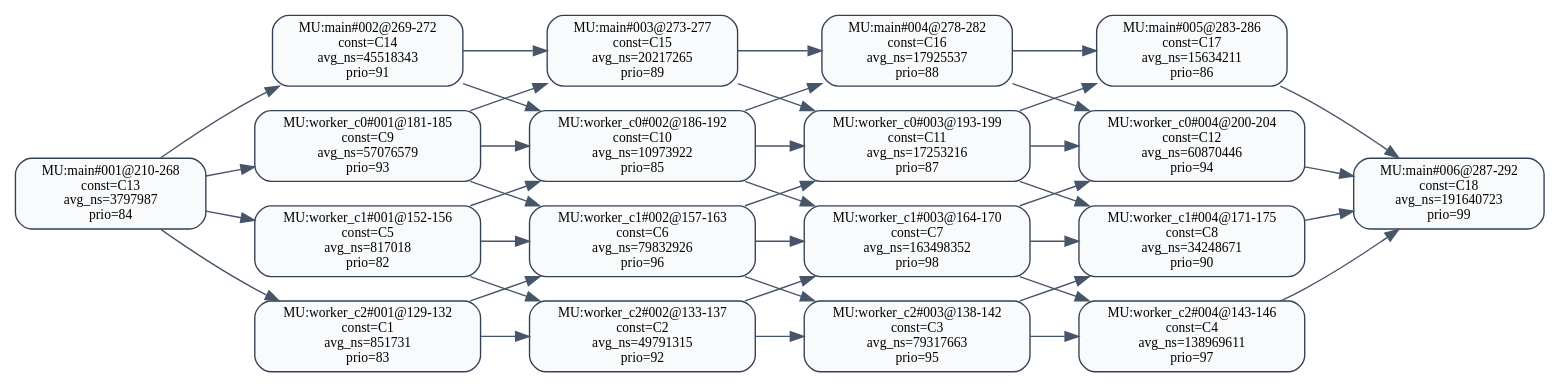
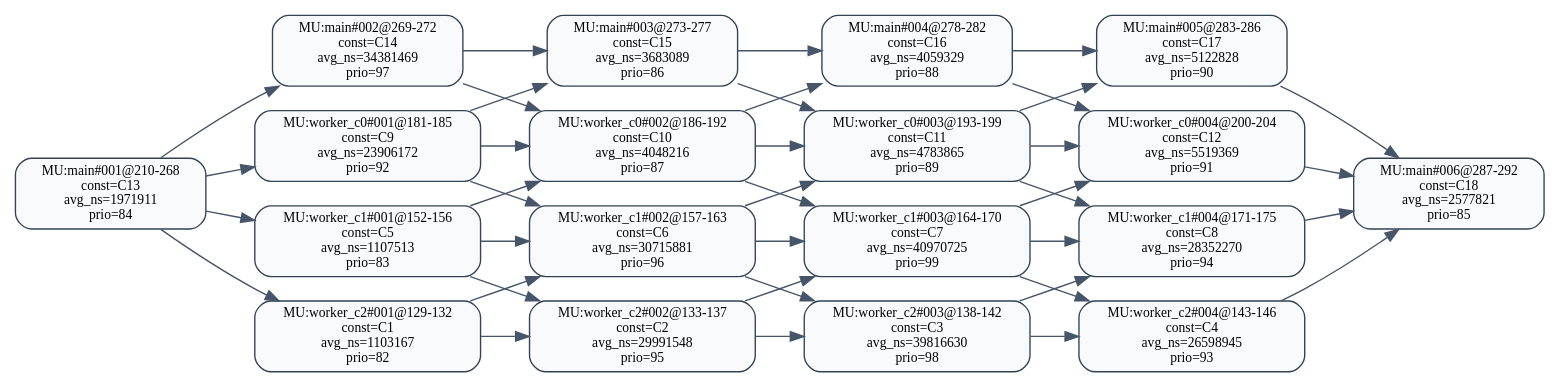
The diagram in 中间结果/zhang3/pipeline/validation/level2/effective_line_merge/wcet_first/dag_seg_annotated.dot (RTS-SYSU/DAG-Gen), drawn with Graphviz before and after one commit. The commit also changed 4464 other files, not shown here.

```diff
--- a/中间结果/zhang3/pipeline/validation/level2/effective_line_merge/wcet_first/dag_seg_annotated.dot
+++ b/中间结果/zhang3/pipeline/validation/level2/effective_line_merge/wcet_first/dag_seg_annotated.dot
@@ -1,61 +1,61 @@
 digraph dag_seg_annotated {
   rankdir=LR;
   node [shape=box, style="rounded,filled", fillcolor="#F8FAFC", color="#334155", fontsize=10];
   edge [color="#475569"];
-  "MU:main#001@210-268" [label="MU:main#001@210-268\nconst=C13\navg_ns=3797987\nprio=84"];
-  "MU:main#002@269-272" [label="MU:main#002@269-272\nconst=C14\navg_ns=45518343\nprio=91"];
-  "MU:main#003@273-277" [label="MU:main#003@273-277\nconst=C15\navg_ns=20217265\nprio=89"];
-  "MU:main#004@278-282" [label="MU:main#004@278-282\nconst=C16\navg_ns=17925537\nprio=88"];
-  "MU:main#005@283-286" [label="MU:main#005@283-286\nconst=C17\navg_ns=15634211\nprio=86"];
-  "MU:main#006@287-292" [label="MU:main#006@287-292\nconst=C18\navg_ns=191640723\nprio=99"];
-  "MU:worker_c0#001@181-185" [label="MU:worker_c0#001@181-185\nconst=C9\navg_ns=57076579\nprio=93"];
-  "MU:worker_c0#002@186-192" [label="MU:worker_c0#002@186-192\nconst=C10\navg_ns=10973922\nprio=85"];
-  "MU:worker_c0#003@193-199" [label="MU:worker_c0#003@193-199\nconst=C11\navg_ns=17253216\nprio=87"];
-  "MU:worker_c0#004@200-204" [label="MU:worker_c0#004@200-204\nconst=C12\navg_ns=60870446\nprio=94"];
-  "MU:worker_c1#001@152-156" [label="MU:worker_c1#001@152-156\nconst=C5\navg_ns=817018\nprio=82"];
-  "MU:worker_c1#002@157-163" [label="MU:worker_c1#002@157-163\nconst=C6\navg_ns=79832926\nprio=96"];
-  "MU:worker_c1#003@164-170" [label="MU:worker_c1#003@164-170\nconst=C7\navg_ns=163498352\nprio=98"];
-  "MU:worker_c1#004@171-175" [label="MU:worker_c1#004@171-175\nconst=C8\navg_ns=34248671\nprio=90"];
-  "MU:worker_c2#001@129-132" [label="MU:worker_c2#001@129-132\nconst=C1\navg_ns=851731\nprio=83"];
-  "MU:worker_c2#002@133-137" [label="MU:worker_c2#002@133-137\nconst=C2\navg_ns=49791315\nprio=92"];
-  "MU:worker_c2#003@138-142" [label="MU:worker_c2#003@138-142\nconst=C3\navg_ns=79317663\nprio=95"];
-  "MU:worker_c2#004@143-146" [label="MU:worker_c2#004@143-146\nconst=C4\navg_ns=138969611\nprio=97"];
+  "MU:main#001@210-268" [label="MU:main#001@210-268\nconst=C13\navg_ns=1971911\nprio=84"];
+  "MU:main#002@269-272" [label="MU:main#002@269-272\nconst=C14\navg_ns=34381469\nprio=97"];
+  "MU:main#003@273-277" [label="MU:main#003@273-277\nconst=C15\navg_ns=3683089\nprio=86"];
+  "MU:main#004@278-282" [label="MU:main#004@278-282\nconst=C16\navg_ns=4059329\nprio=88"];
+  "MU:main#005@283-286" [label="MU:main#005@283-286\nconst=C17\navg_ns=5122828\nprio=90"];
+  "MU:main#006@287-292" [label="MU:main#006@287-292\nconst=C18\navg_ns=2577821\nprio=85"];
+  "MU:worker_c0#001@181-185" [label="MU:worker_c0#001@181-185\nconst=C9\navg_ns=23906172\nprio=92"];
+  "MU:worker_c0#002@186-192" [label="MU:worker_c0#002@186-192\nconst=C10\navg_ns=4048216\nprio=87"];
+  "MU:worker_c0#003@193-199" [label="MU:worker_c0#003@193-199\nconst=C11\navg_ns=4783865\nprio=89"];
+  "MU:worker_c0#004@200-204" [label="MU:worker_c0#004@200-204\nconst=C12\navg_ns=5519369\nprio=91"];
+  "MU:worker_c1#001@152-156" [label="MU:worker_c1#001@152-156\nconst=C5\navg_ns=1107513\nprio=83"];
+  "MU:worker_c1#002@157-163" [label="MU:worker_c1#002@157-163\nconst=C6\navg_ns=30715881\nprio=96"];
+  "MU:worker_c1#003@164-170" [label="MU:worker_c1#003@164-170\nconst=C7\navg_ns=40970725\nprio=99"];
+  "MU:worker_c1#004@171-175" [label="MU:worker_c1#004@171-175\nconst=C8\navg_ns=28352270\nprio=94"];
+  "MU:worker_c2#001@129-132" [label="MU:worker_c2#001@129-132\nconst=C1\navg_ns=1103167\nprio=82"];
+  "MU:worker_c2#002@133-137" [label="MU:worker_c2#002@133-137\nconst=C2\navg_ns=29991548\nprio=95"];
+  "MU:worker_c2#003@138-142" [label="MU:worker_c2#003@138-142\nconst=C3\navg_ns=39816630\nprio=98"];
+  "MU:worker_c2#004@143-146" [label="MU:worker_c2#004@143-146\nconst=C4\navg_ns=26598945\nprio=93"];
   "MU:worker_c2#001@129-132" -> "MU:worker_c2#002@133-137";
   "MU:worker_c2#002@133-137" -> "MU:worker_c2#003@138-142";
   "MU:worker_c2#003@138-142" -> "MU:worker_c2#004@143-146";
   "MU:worker_c1#001@152-156" -> "MU:worker_c1#002@157-163";
   "MU:worker_c1#002@157-163" -> "MU:worker_c1#003@164-170";
   "MU:worker_c1#003@164-170" -> "MU:worker_c1#004@171-175";
   "MU:worker_c0#001@181-185" -> "MU:worker_c0#002@186-192";
   "MU:worker_c0#002@186-192" -> "MU:worker_c0#003@193-199";
   "MU:worker_c0#003@193-199" -> "MU:worker_c0#004@200-204";
   "MU:main#001@210-268" -> "MU:main#002@269-272";
   "MU:main#002@269-272" -> "MU:main#003@273-277";
   "MU:main#003@273-277" -> "MU:main#004@278-282";
   "MU:main#004@278-282" -> "MU:main#005@283-286";
   "MU:main#005@283-286" -> "MU:main#006@287-292";
   "MU:main#001@210-268" -> "MU:worker_c0#001@181-185";
   "MU:main#001@210-268" -> "MU:worker_c1#001@152-156";
   "MU:main#001@210-268" -> "MU:worker_c2#001@129-132";
   "MU:worker_c0#004@200-204" -> "MU:main#006@287-292";
   "MU:worker_c1#004@171-175" -> "MU:main#006@287-292";
   "MU:worker_c2#004@143-146" -> "MU:main#006@287-292";
   "MU:worker_c2#001@129-132" -> "MU:worker_c1#002@157-163";
   "MU:worker_c1#001@152-156" -> "MU:worker_c2#002@133-137";
   "MU:worker_c2#002@133-137" -> "MU:worker_c1#003@164-170";
   "MU:worker_c1#002@157-163" -> "MU:worker_c2#003@138-142";
   "MU:worker_c2#003@138-142" -> "MU:worker_c1#004@171-175";
   "MU:worker_c1#003@164-170" -> "MU:worker_c2#004@143-146";
   "MU:worker_c1#001@152-156" -> "MU:worker_c0#002@186-192";
   "MU:worker_c0#001@181-185" -> "MU:worker_c1#002@157-163";
   "MU:worker_c1#002@157-163" -> "MU:worker_c0#003@193-199";
   "MU:worker_c0#002@186-192" -> "MU:worker_c1#003@164-170";
   "MU:worker_c1#003@164-170" -> "MU:worker_c0#004@200-204";
   "MU:worker_c0#003@193-199" -> "MU:worker_c1#004@171-175";
   "MU:worker_c0#001@181-185" -> "MU:main#003@273-277";
   "MU:main#002@269-272" -> "MU:worker_c0#002@186-192";
   "MU:worker_c0#002@186-192" -> "MU:main#004@278-282";
   "MU:main#003@273-277" -> "MU:worker_c0#003@193-199";
   "MU:worker_c0#003@193-199" -> "MU:main#005@283-286";
   "MU:main#004@278-282" -> "MU:worker_c0#004@200-204";
 }
```
